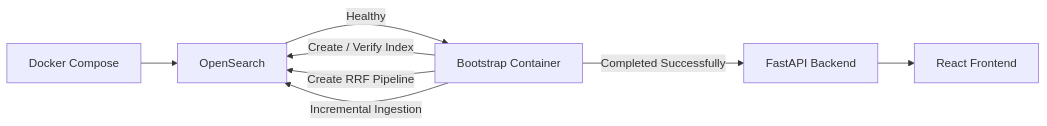
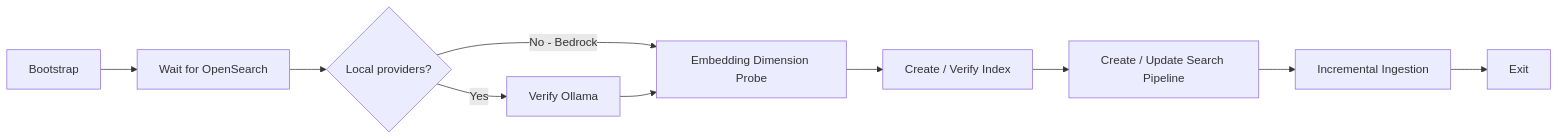
One commit to Yzeeyd/Enterprise-AI-Support-Engineer-Copilot changed the fifth of 5 diagrams in README.md. Above: the diagram before and after it, drawn with Mermaid. The commit also changed other lines of this file and 2 other files, not shown here.

````diff
--- a/README.md
+++ b/README.md
@@ -220,22 +391,24 @@
 ```mermaid
 flowchart LR
+    Start[Bootstrap]
+    Search[Wait for OpenSearch]
+    Ollama{Local providers?}
+    Model[Verify Ollama]
+    Probe[Embedding Dimension Probe]
+    Index[Create / Verify Index]
+    Pipeline[Create / Update Search Pipeline]
+    Ingest[Incremental Ingestion]
+    Done[Exit]
 
-    Compose[Docker Compose]
+    Start --> Search
+    Search --> Ollama
 
-    OpenSearch[OpenSearch]
-    Bootstrap[Bootstrap Container]
-    Backend[FastAPI Backend]
-    Frontend[React Frontend]
+    Ollama -->|Yes| Model
+    Ollama -->|No - Bedrock| Probe
 
-    Compose --> OpenSearch
-
-    OpenSearch -->|Healthy| Bootstrap
-
-    Bootstrap -->|Create / Verify Index| OpenSearch
-    Bootstrap -->|Create RRF Pipeline| OpenSearch
-    Bootstrap -->|Incremental Ingestion| OpenSearch
-
-    Bootstrap -->|Completed Successfully| Backend
-
-    Backend --> Frontend
+    Model --> Probe
+    Probe --> Index
+    Index --> Pipeline
+    Pipeline --> Ingest
+    Ingest --> Done
 ```
````
